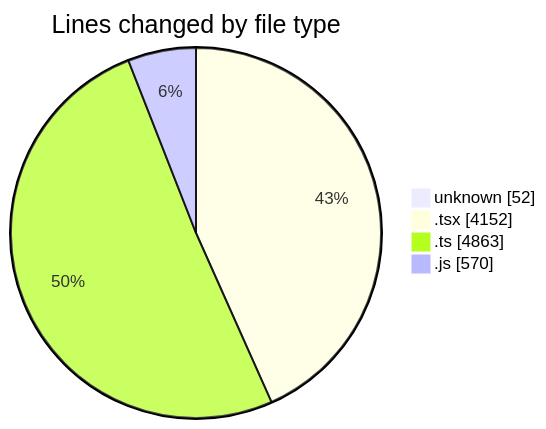
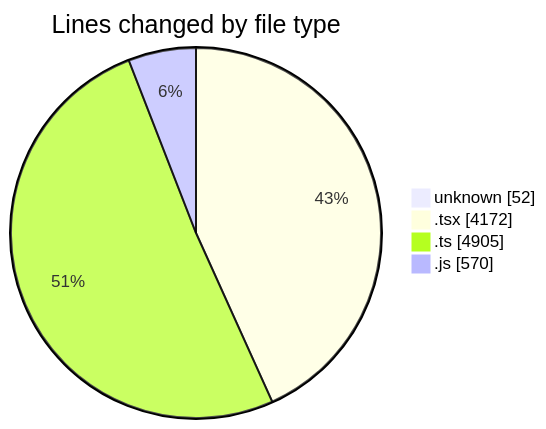
One commit to CELIANVF/code-tracking changed the first of 2 diagrams in 2025-06-02/ecodeli-1/README.md. Above: the diagram before and after it, drawn with Mermaid. The commit also changed other lines of this file and 1 other file, not shown here.

````diff
--- a/2025-06-02/ecodeli-1/README.md
+++ b/2025-06-02/ecodeli-1/README.md
@@ -63,8 +63,8 @@
 ```mermaid
 pie showData
 title Lines changed by file type
 "unknown" : 52
-".tsx" : 4152
-".ts" : 4863
+".tsx" : 4172
+".ts" : 4905
 ".js" : 570
 ```
````
